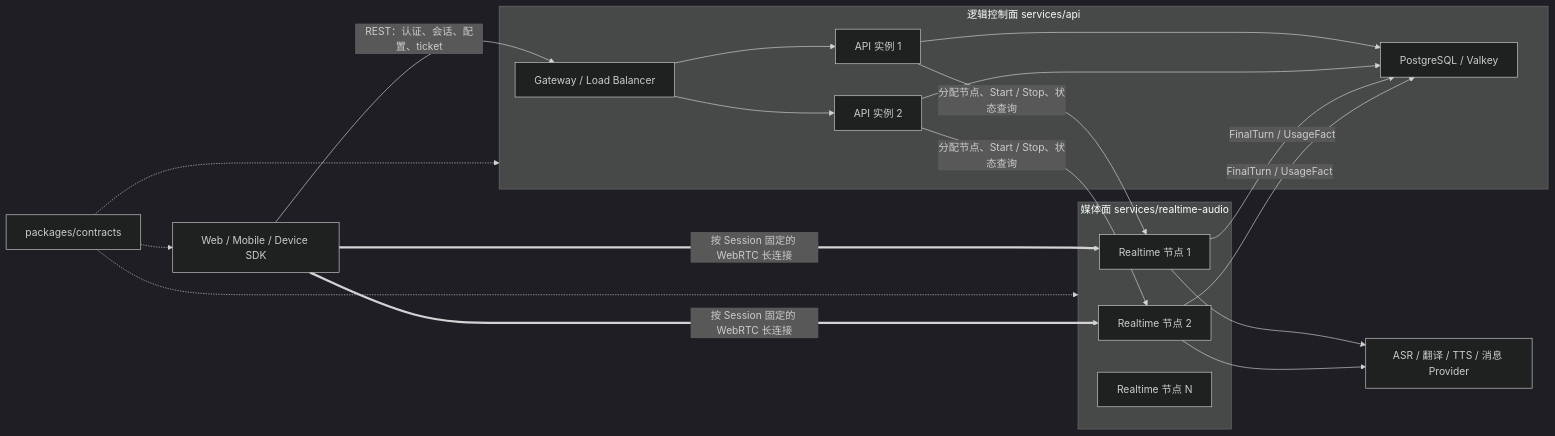
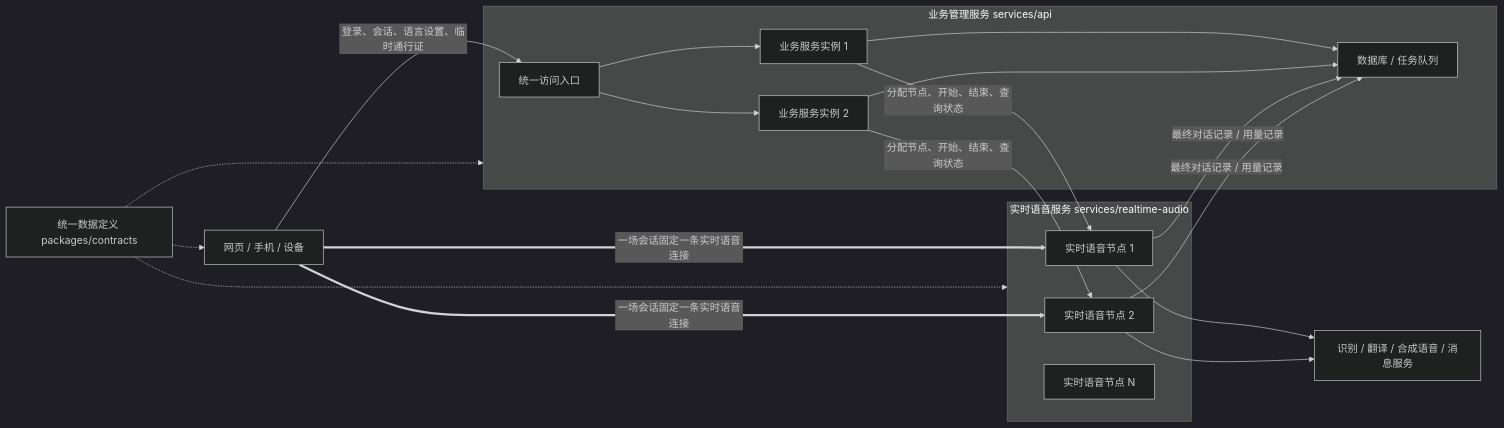
One commit to 1024XEngineer/xe6-tsy changed the first of 4 diagrams in docs/ARCHITECTURE.md. Above: the diagram before and after it, drawn with Mermaid (dark theme). The commit also changed other lines of this file, not shown here.

Commit message:
docs(architecture): simplify language for presentation

````diff
--- a/docs/ARCHITECTURE.md
+++ b/docs/ARCHITECTURE.md
@@ -62,37 +64,37 @@
 ```mermaid
 flowchart LR
-    Client["Web / Mobile / Device SDK"]
+    Client["网页 / 手机 / 设备"]
 
-    subgraph Control["逻辑控制面 services/api"]
-        Gateway["Gateway / Load Balancer"]
-        API1["API 实例 1"]
-        API2["API 实例 2"]
-        Storage["PostgreSQL / Valkey"]
+    subgraph Control["业务管理服务 services/api"]
+        Gateway["统一访问入口"]
+        API1["业务服务实例 1"]
+        API2["业务服务实例 2"]
+        Storage["数据库 / 任务队列"]
     end
 
-    subgraph Media["媒体面 services/realtime-audio"]
-        RT1["Realtime 节点 1"]
-        RT2["Realtime 节点 2"]
-        RT3["Realtime 节点 N"]
+    subgraph Media["实时语音服务 services/realtime-audio"]
+        RT1["实时语音节点 1"]
+        RT2["实时语音节点 2"]
+        RT3["实时语音节点 N"]
     end
 
-    Contracts["packages/contracts"]
-    Providers["ASR / 翻译 / TTS / 消息 Provider"]
+    Contracts["统一数据定义 packages/contracts"]
+    Providers["识别 / 翻译 / 合成语音 / 消息服务"]
 
-    Client -->|"REST：认证、会话、配置、ticket"| Gateway
+    Client -->|"登录、会话、语言设置、临时通行证"| Gateway
     Gateway --> API1
     Gateway --> API2
     API1 --> Storage
     API2 --> Storage
-    API1 -->|"分配节点、Start / Stop、状态查询"| RT1
-    API2 -->|"分配节点、Start / Stop、状态查询"| RT2
-    Client ==>|"按 Session 固定的 WebRTC 长连接"| RT1
-    Client ==>|"按 Session 固定的 WebRTC 长连接"| RT2
-    RT1 -->|"FinalTurn / UsageFact"| Storage
-    RT2 -->|"FinalTurn / UsageFact"| Storage
+    API1 -->|"分配节点、开始、结束、查询状态"| RT1
+    API2 -->|"分配节点、开始、结束、查询状态"| RT2
+    Client ==>|"一场会话固定一条实时语音连接"| RT1
+    Client ==>|"一场会话固定一条实时语音连接"| RT2
+    RT1 -->|"最终对话记录 / 用量记录"| Storage
+    RT2 -->|"最终对话记录 / 用量记录"| Storage
     RT1 --> Providers
     RT2 --> Providers
     Contracts -.-> Client
     Contracts -.-> Control
     Contracts -.-> Media
 ```
````
